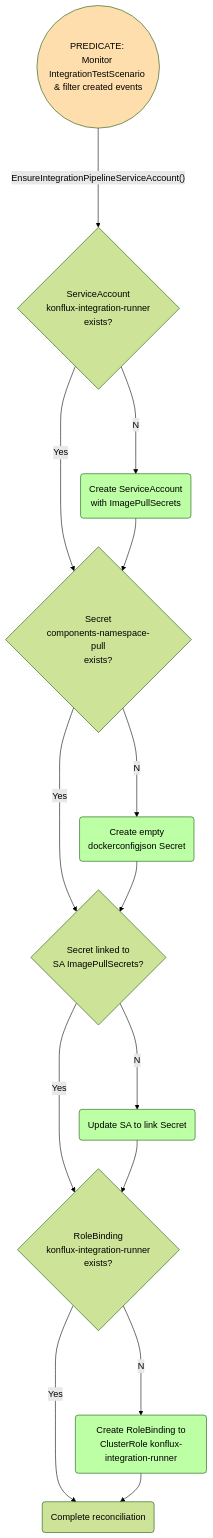
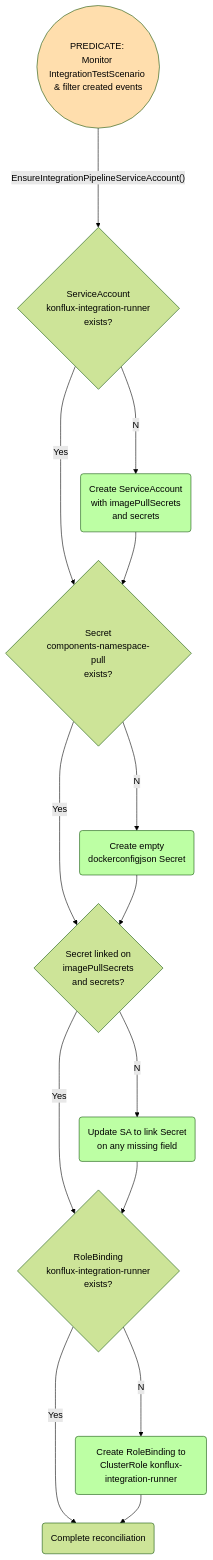
One commit to konflux-ci/integration-service changed the diagram in docs/scenario-controller.md. Above: the diagram before and after it, drawn with Mermaid. The commit also changed 3 other files, not shown here.

First line of the commit message:
fix(KONFLUX-16182): link secrets to sa's secrets field

````diff
--- a/docs/scenario-controller.md
+++ b/docs/scenario-controller.md
@@ -3,42 +3,42 @@
 ```mermaid
 
 %%{init: {'theme':'forest'}}%%
 flowchart TD
   %% Defining the styles
   classDef Red fill:#FF9999;
   classDef Amber fill:#FFDEAD;
   classDef Green fill:#BDFFA4;
 
   predicate((PREDICATE: <br>Monitor IntegrationTestScenario <br>& filter created events))
 
   %% Node definitions
   check_sa{"ServiceAccount<br>konflux-integration-runner<br>exists?"}
-  create_sa(Create ServiceAccount<br>with ImagePullSecrets)
+  create_sa(Create ServiceAccount<br>with imagePullSecrets<br>and secrets)
   check_secret{"Secret<br>components-namespace-pull<br>exists?"}
   create_secret(Create empty<br>dockerconfigjson Secret)
-  check_linked{"Secret linked to<br>SA ImagePullSecrets?"}
-  link_secret(Update SA to link Secret)
+  check_linked{"Secret linked on<br>imagePullSecrets<br>and secrets?"}
+  link_secret(Update SA to link Secret<br>on any missing field)
   check_rb{"RoleBinding<br>konflux-integration-runner<br>exists?"}
   create_rb(Create RoleBinding to<br>ClusterRole konflux-integration-runner)
   complete(Complete reconciliation)
 
   %% Node connections
   predicate                  ---->  |"EnsureIntegrationPipelineServiceAccount()"| check_sa
   check_sa                   --No-->  create_sa
   check_sa                   --Yes--> check_secret
   create_sa                  -->      check_secret
   check_secret               --No-->  create_secret
   check_secret               --Yes--> check_linked
   create_secret              -->      check_linked
   check_linked               --No-->  link_secret
   check_linked               --Yes--> check_rb
   link_secret                -->      check_rb
   check_rb                   --No-->  create_rb
   check_rb                   --Yes--> complete
   create_rb                  -->      complete
 
   %% Assigning styles to nodes
   class predicate Amber;
   class create_sa,create_secret,link_secret,create_rb Green;
 
   ```
````
